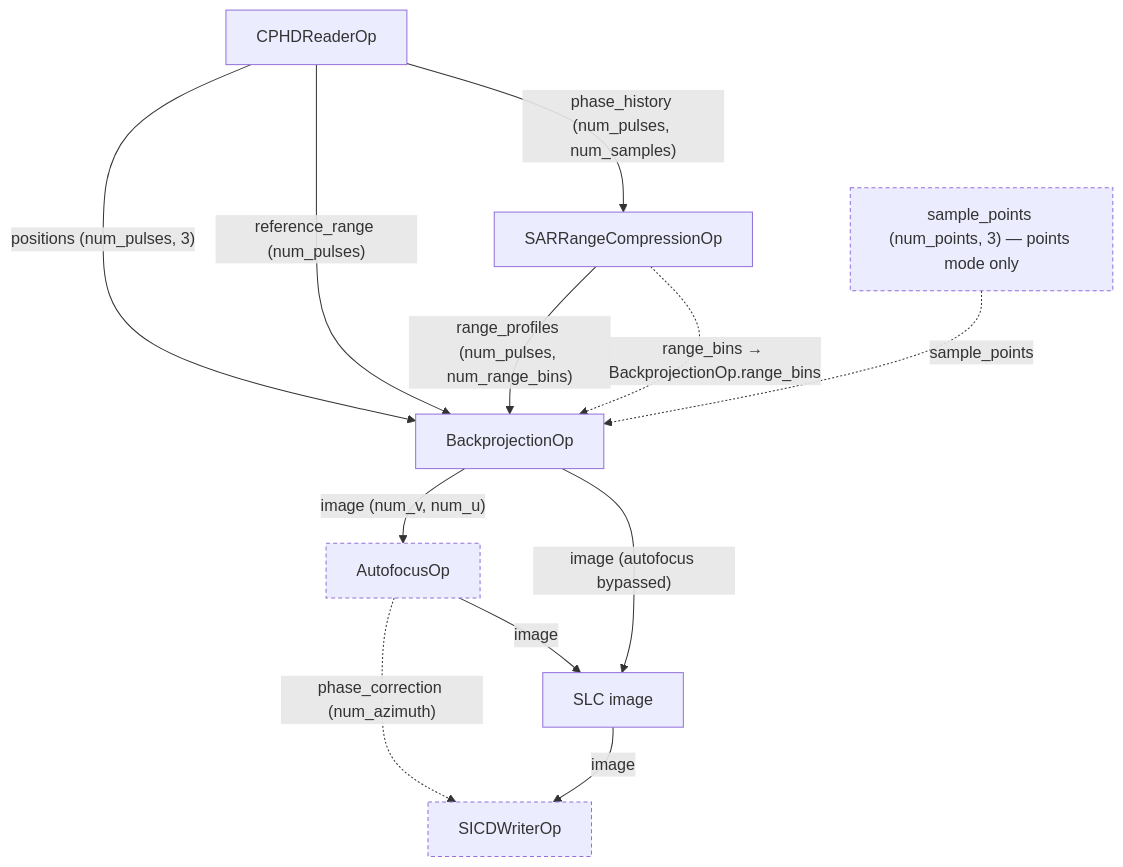
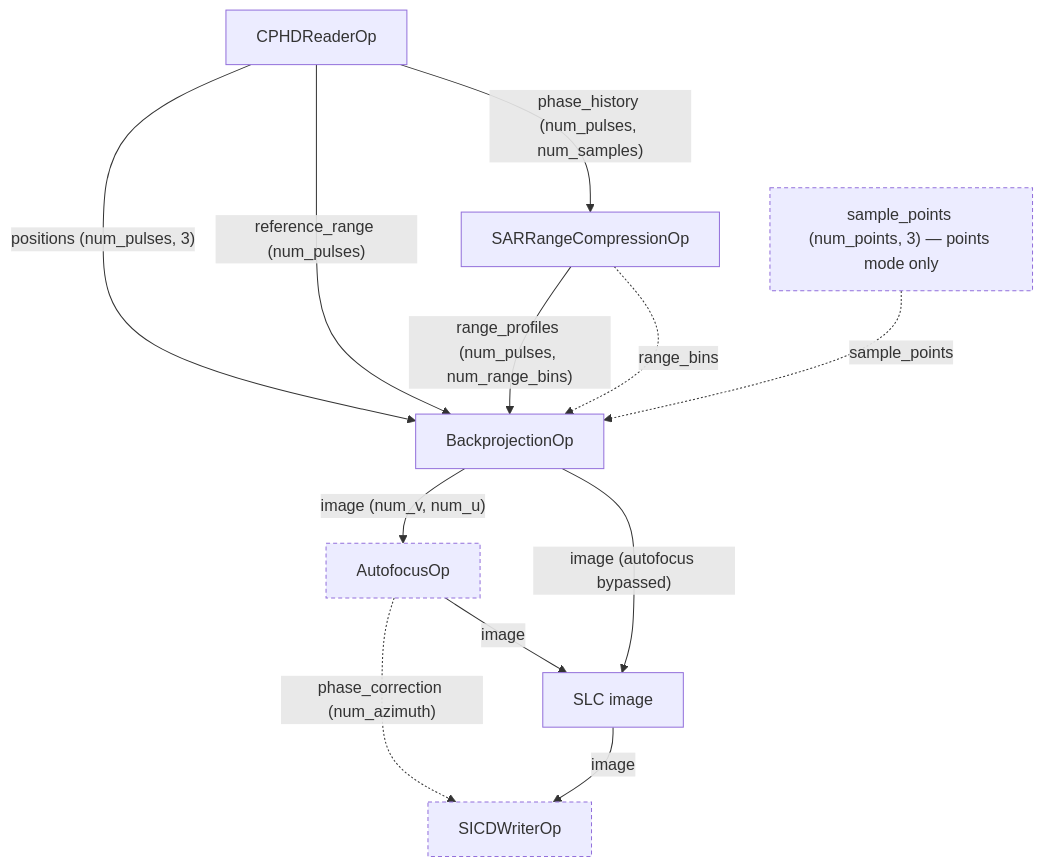
The first of 3 diagrams in docs/planning/SAR/WORKFLOWS.md (nvidia-holoscan/holoscan-radar), drawn with Mermaid before and after one commit. The commit also changed other lines of this file and 3 other files, not shown here.

````diff
--- a/docs/planning/SAR/WORKFLOWS.md
+++ b/docs/planning/SAR/WORKFLOWS.md
@@ -177,16 +177,16 @@
 ```mermaid
 flowchart TD
   classDef opt stroke-dasharray:4 3
   READ["CPHDReaderOp"] -->|"phase_history (num_pulses, num_samples)"| RC["SARRangeCompressionOp"]
   READ -->|"positions (num_pulses, 3)"| BP["BackprojectionOp"]
   READ -->|"reference_range (num_pulses)"| BP
   RC -->|"range_profiles (num_pulses, num_range_bins)"| BP
-  RC -.->|"range_bins → BackprojectionOp.range_bins"| BP
+  RC -.->|"range_bins"| BP
   GEOM["sample_points (num_points, 3) — points mode only"] -.->|"sample_points"| BP
   BP -->|"image (num_v, num_u)"| AF["AutofocusOp"]
   AF -->|"image"| SLC["SLC image"]
   BP -->|"image (autofocus bypassed)"| SLC
   AF -.->|"phase_correction (num_azimuth)"| SICD["SICDWriterOp"]
   SLC -->|"image"| SICD
   class AF,GEOM,SICD opt
 ```
````
